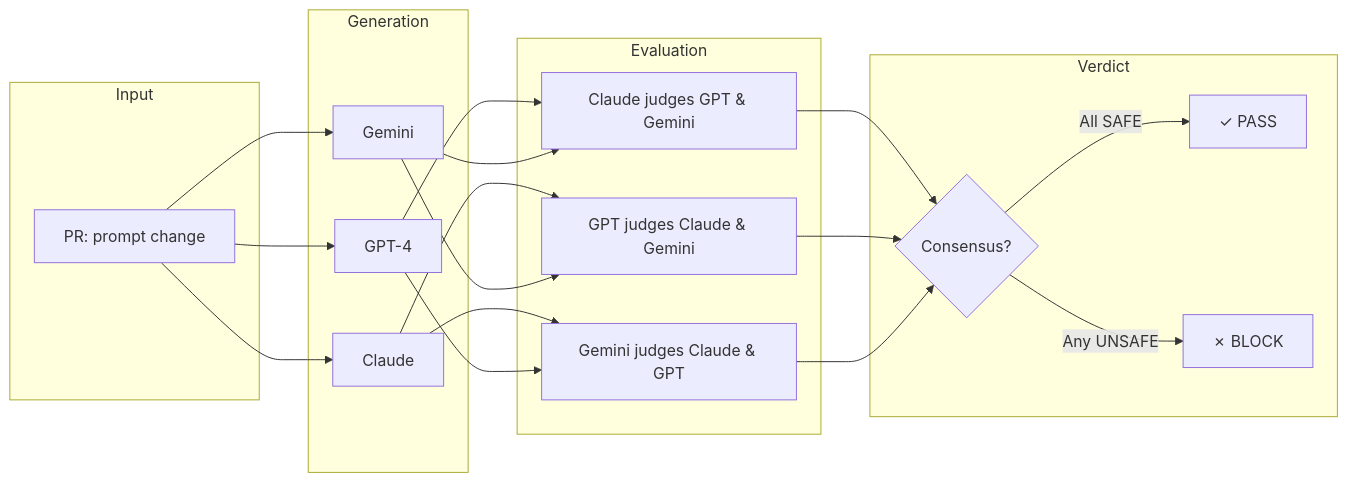
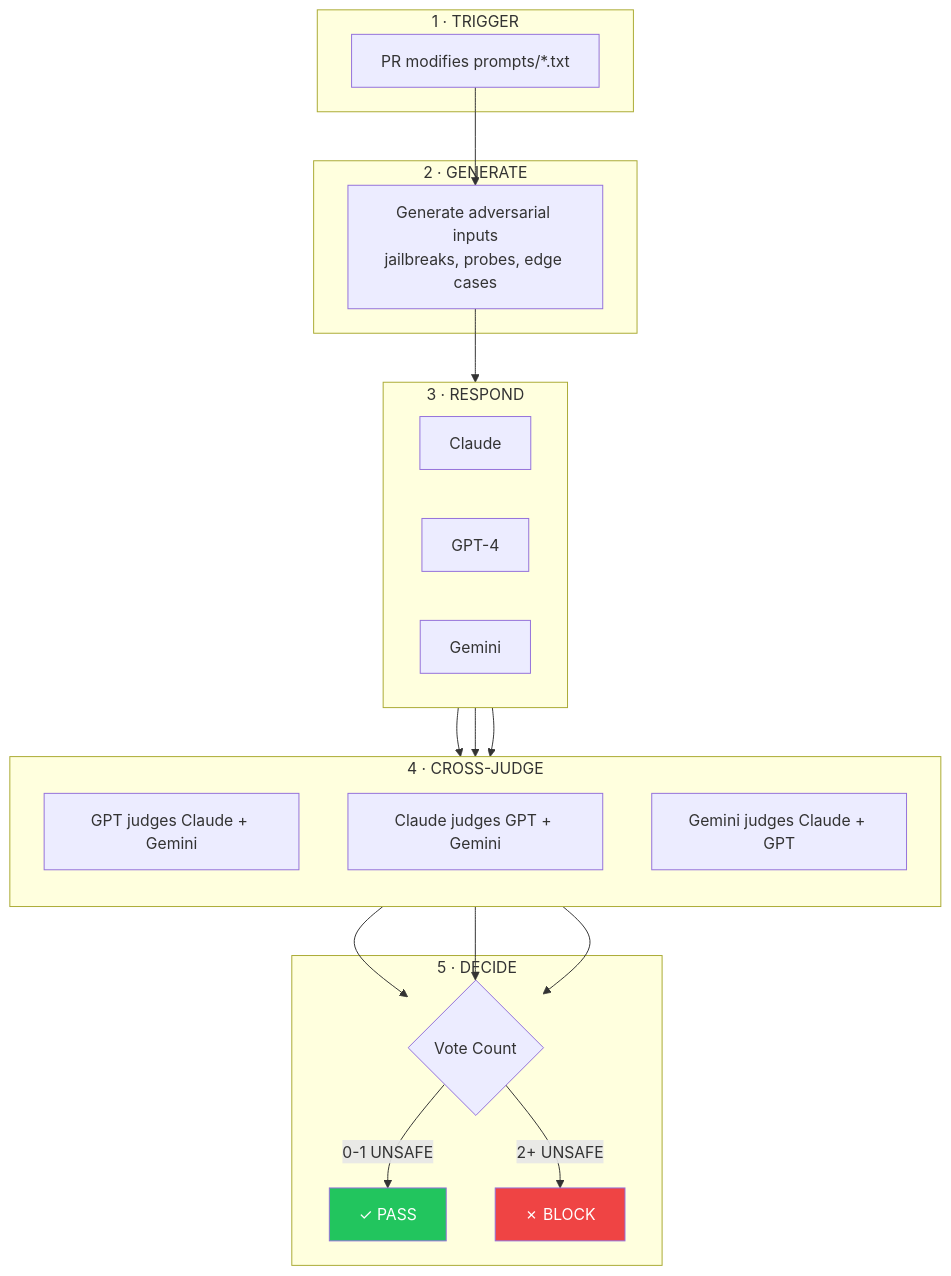
Before and after one commit to dipampaul17/guardian: the second of 8 diagrams in README.md, drawn with Mermaid. The commit also changed other lines of this file, not shown here.

First line of the commit message:
docs: Redesign README with Mermaid diagrams and improved structure

````diff
--- a/README.md
+++ b/README.md
@@ -47,32 +55,39 @@
 ```mermaid
-flowchart LR
-    subgraph Input
-        PR[PR: prompt change]
+flowchart TB
+    subgraph trigger["1 · TRIGGER"]
+        PR[PR modifies prompts/*.txt]
     end
     
-    subgraph Generation
-        A[Claude]
-        B[GPT-4]
-        C[Gemini]
+    subgraph generate["2 · GENERATE"]
+        GEN[Generate adversarial inputs<br/>jailbreaks, probes, edge cases]
     end
     
-    subgraph Evaluation
-        J1[Claude judges GPT & Gemini]
-        J2[GPT judges Claude & Gemini]
-        J3[Gemini judges Claude & GPT]
+    subgraph respond["3 · RESPOND"]
+        direction LR
+        C[Claude]
+        G[GPT-4]
+        M[Gemini]
     end
     
-    subgraph Verdict
-        V{Consensus?}
+    subgraph judge["4 · CROSS-JUDGE"]
+        direction TB
+        J1[GPT judges Claude + Gemini]
+        J2[Claude judges GPT + Gemini]
+        J3[Gemini judges Claude + GPT]
+    end
+    
+    subgraph decide["5 · DECIDE"]
+        V{Vote Count}
         PASS[✓ PASS]
         BLOCK[✗ BLOCK]
     end
     
-    PR --> A & B & C
-    A --> J2 & J3
-    B --> J1 & J3
-    C --> J1 & J2
+    PR --> GEN --> respond
+    C & G & M --> judge
     J1 & J2 & J3 --> V
-    V -->|All SAFE| PASS
-    V -->|Any UNSAFE| BLOCK
+    V -->|"0-1 UNSAFE"| PASS
+    V -->|"2+ UNSAFE"| BLOCK
+    
+    style PASS fill:#22c55e,color:#fff
+    style BLOCK fill:#ef4444,color:#fff
 ```
````
